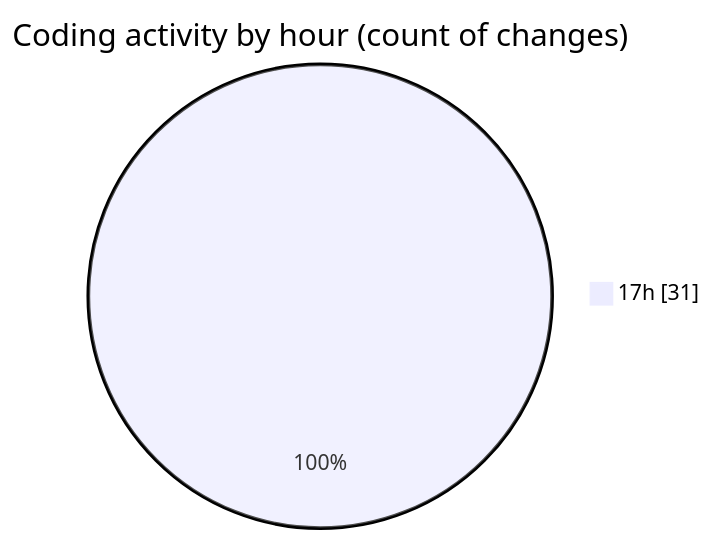
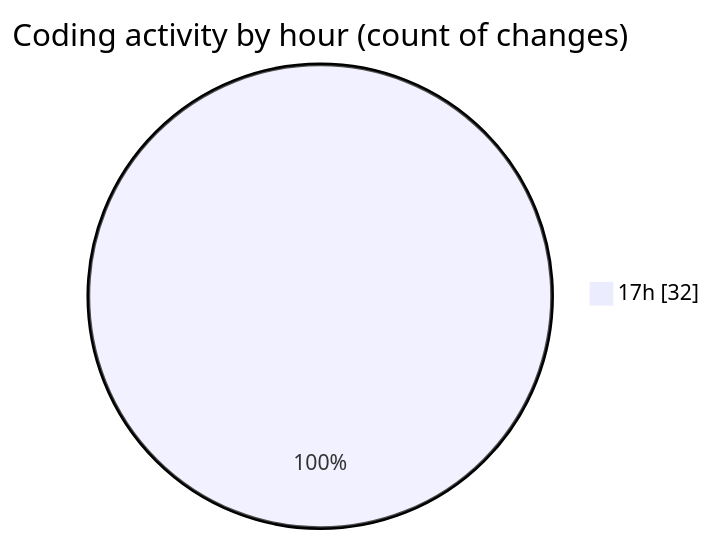
Before and after one commit to becaeroporto-bot/code-tracking: the second of 2 diagrams in 2026-02-19/bot_i_a/README.md, drawn with Mermaid. The commit also changed other lines of this file and 1 other file, not shown here.

````diff
--- a/2026-02-19/bot_i_a/README.md
+++ b/2026-02-19/bot_i_a/README.md
@@ -43,5 +43,5 @@
 ```mermaid
 pie showData
 title Coding activity by hour (count of changes)
-"17h" : 31
+"17h" : 32
 ```
````
